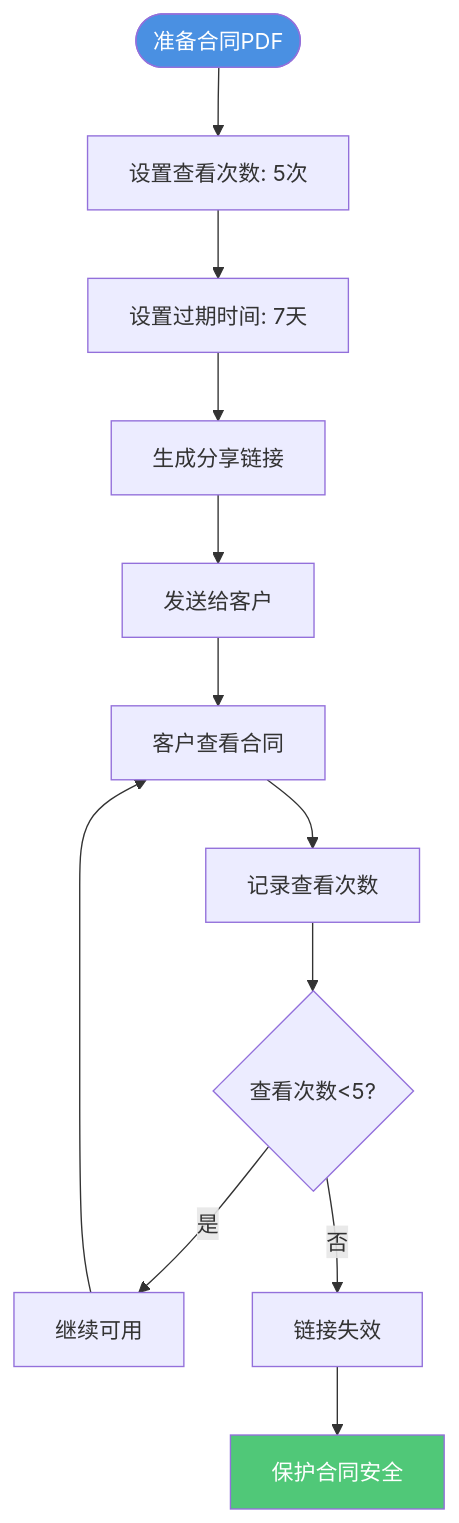
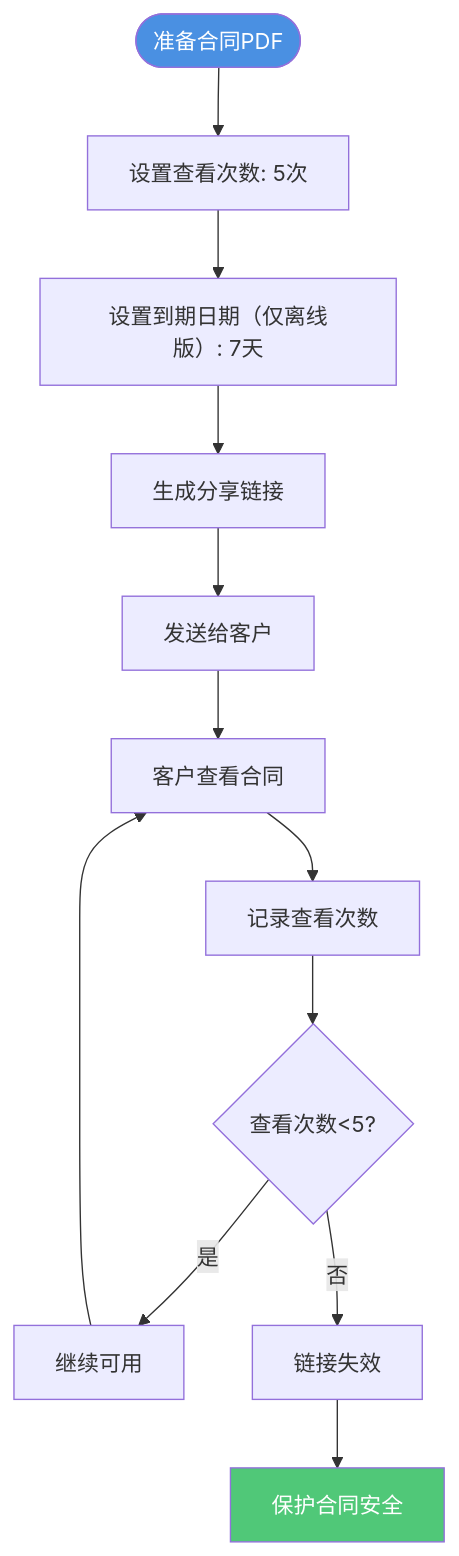
Before and after one commit to mythenigma/cloudflareAstro: the fifth of 5 diagrams in src/content/blog/cn/pdf-set-view-count-limit-guide.md, drawn with Mermaid. The commit also changed other lines of this file and 127 other files, not shown here.

````diff
--- a/src/content/blog/cn/pdf-set-view-count-limit-guide.md
+++ b/src/content/blog/cn/pdf-set-view-count-limit-guide.md
@@ -249,17 +251,17 @@
 ```mermaid
 flowchart TD
     Start([准备合同PDF]) --> A[设置查看次数: 5次]
-    A --> B[设置过期时间: 7天]
+    A --> B[设置到期日期（仅离线版）: 7天]
     B --> C[生成分享链接]
     C --> D[发送给客户]
     D --> E[客户查看合同]
     E --> F[记录查看次数]
     F --> G{查看次数<5?}
     G -->|是| H[继续可用]
     G -->|否| I[链接失效]
     H --> E
     I --> J[保护合同安全]
     
     style Start fill:#4A90E2,color:#fff
     style J fill:#50C878,color:#fff
 ```
````
